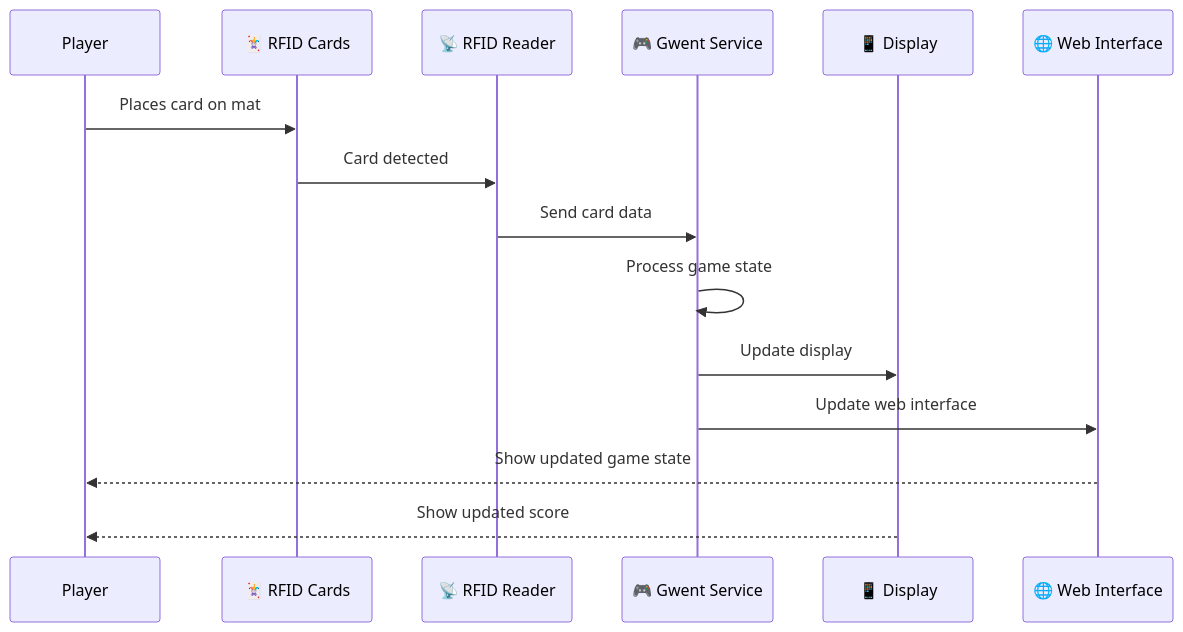
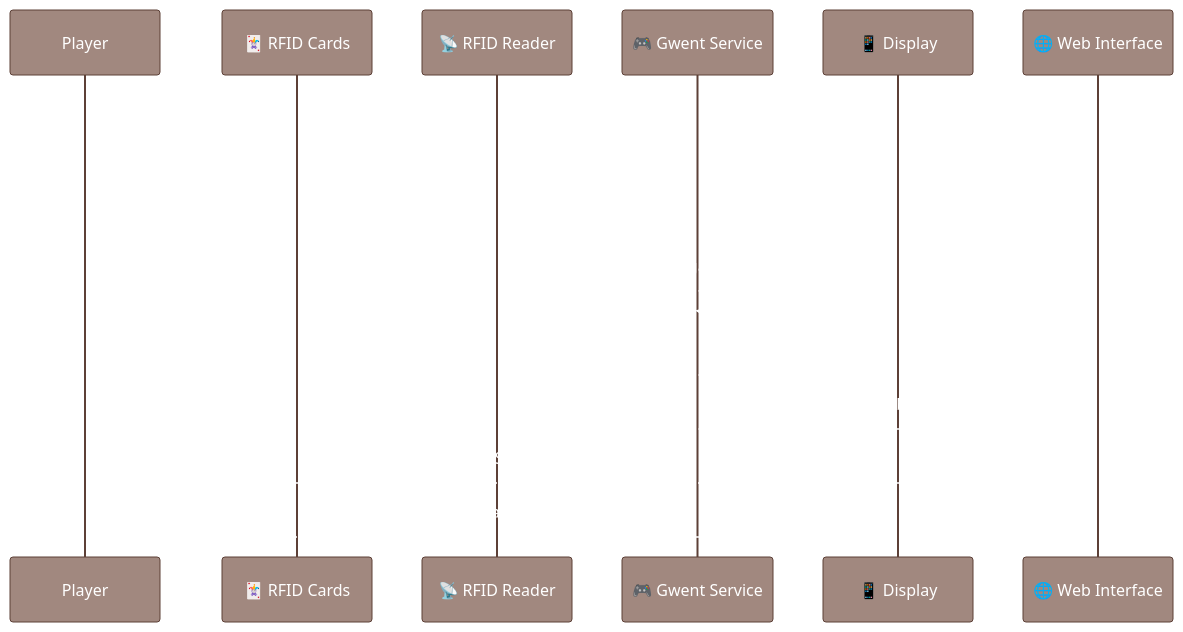
The sixth of 9 diagrams in README.md (declanshanaghy/gwent), drawn with Mermaid before and after one commit. The commit also changed other lines of this file and 6 other files, not shown here.

First line of the commit message:
Add mermaid style guide and apply to all diagrams

````diff
--- a/README.md
+++ b/README.md
@@ -204,18 +277,38 @@
 ```mermaid
+%%{init: {
+  'theme': 'base',
+  'themeVariables': {
+    'primaryColor': '#6d1a36',
+    'primaryTextColor': '#fff',
+    'primaryBorderColor': '#7C4DFF',
+    'lineColor': '#7C4DFF',
+    'secondaryColor': '#D7CCC8',
+    'tertiaryColor': '#EFEBE9',
+    'fontFamily': 'Courier New',
+    'fontSize': '16px',
+    'actorBkg': '#A1887F',
+    'actorBorder': '#5D4037',
+    'actorTextColor': '#fff',
+    'noteBkgColor': '#EFEBE9',
+    'noteBorderColor': '#5D4037',
+    'noteTextColor': '#3E2723'
+  }
+}}%%
+
 sequenceDiagram
     participant Player
     participant Cards as 🃏 RFID Cards
     participant Reader as 📡 RFID Reader
     participant Gwent as 🎮 Gwent Service
     participant Display as 📱 Display
     participant Web as 🌐 Web Interface
     
     Player->>Cards: Places card on mat
     Cards->>Reader: Card detected
     Reader->>Gwent: Send card data
     Gwent->>Gwent: Process game state
     Gwent->>Display: Update display
     Gwent->>Web: Update web interface
     Web-->>Player: Show updated game state
     Display-->>Player: Show updated score
 ```
````
